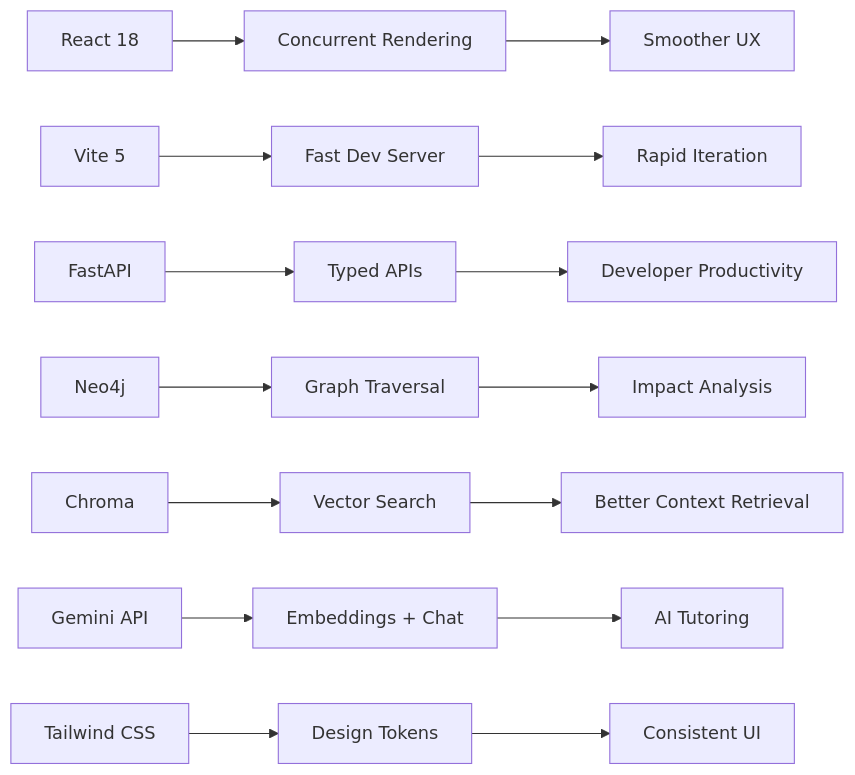
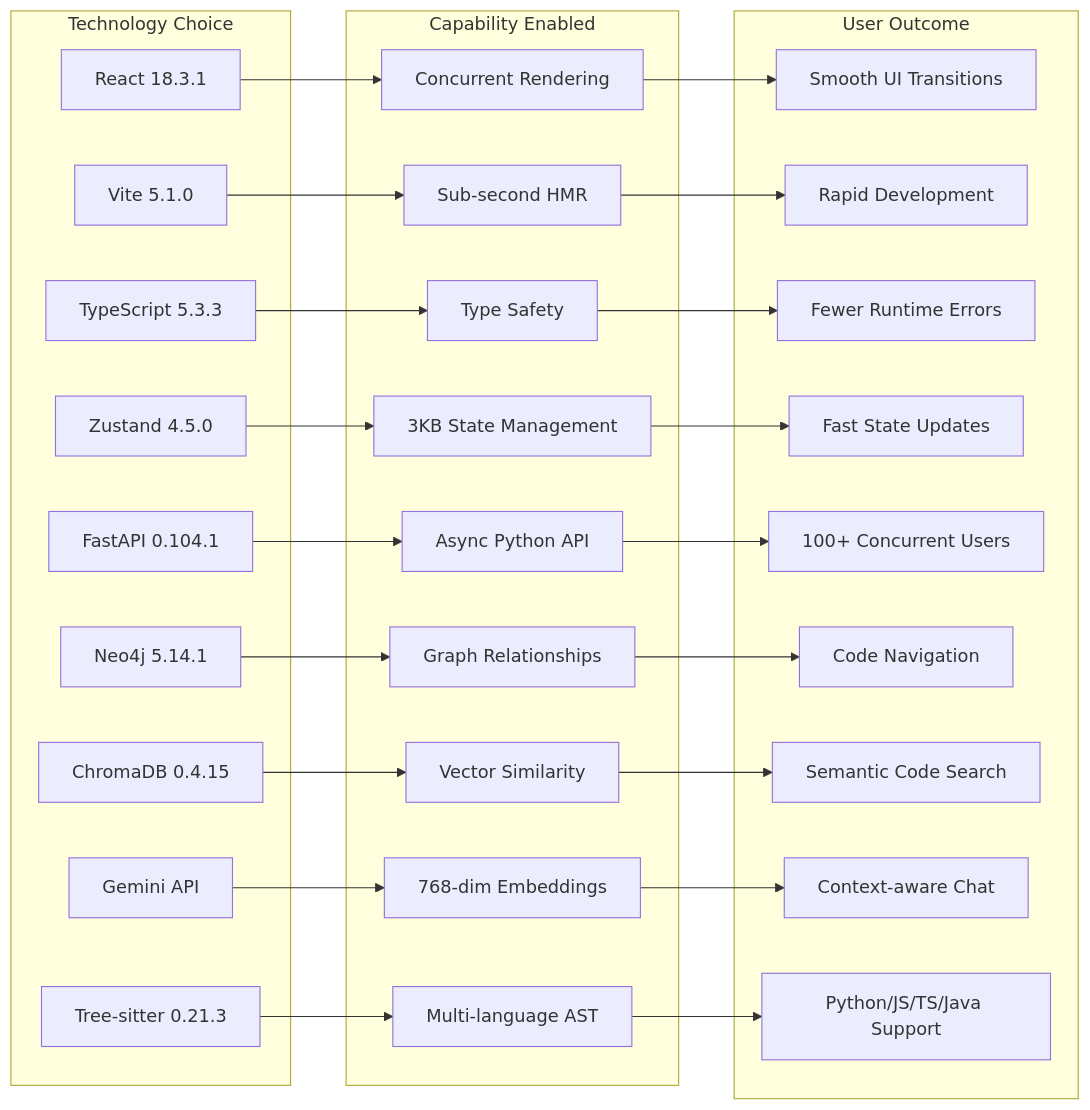
The sixth of 6 diagrams in README.md (Ishan-K9868/socraticDev-final), drawn with Mermaid before and after one commit. The commit also changed other lines of this file, not shown here.

````diff
--- a/README.md
+++ b/README.md
@@ -284,10 +484,48 @@
 ```mermaid
 flowchart LR
-  React[React 18] --> CR[Concurrent Rendering] --> UX[Smoother UX]
-  Vite[Vite 5] --> DX[Fast Dev Server] --> Iter[Rapid Iteration]
-  FastAPI[FastAPI] --> API[Typed APIs] --> Dev[Developer Productivity]
-  Neo4j[Neo4j] --> Graph[Graph Traversal] --> Impact[Impact Analysis]
-  Chroma[Chroma] --> Vector[Vector Search] --> Context[Better Context Retrieval]
-  Gemini[Gemini API] --> Embeddings[Embeddings + Chat] --> AIUX[AI Tutoring]
-  Tailwind[Tailwind CSS] --> Tokens[Design Tokens] --> Consistency[Consistent UI]
+    subgraph Tech["Technology Choice"]
+        R[React 18.3.1]
+        V[Vite 5.1.0]
+        TS[TypeScript 5.3.3]
+        Z[Zustand 4.5.0]
+        FA[FastAPI 0.104.1]
+        N4J[Neo4j 5.14.1]
+        CHR[ChromaDB 0.4.15]
+        GEM[Gemini API]
+        TS_P[Tree-sitter 0.21.3]
+    end
+
+    subgraph Capability["Capability Enabled"]
+        CONC[Concurrent Rendering]
+        FAST[Sub-second HMR]
+        TYPE[Type Safety]
+        LIGHT[3KB State Management]
+        ASYNC[Async Python API]
+        GRAPH[Graph Relationships]
+        VEC[Vector Similarity]
+        EMBED[768-dim Embeddings]
+        AST[Multi-language AST]
+    end
+
+    subgraph Outcome["User Outcome"]
+        SMOOTH[Smooth UI Transitions]
+        DEV[Rapid Development]
+        SAFE[Fewer Runtime Errors]
+        PERF[Fast State Updates]
+        SCALE[100+ Concurrent Users]
+        NAV[Code Navigation]
+        SEARCH[Semantic Code Search]
+        CHAT[Context-aware Chat]
+        MULTI[Python/JS/TS/Java Support]
+    end
+
+    R --> CONC --> SMOOTH
+    V --> FAST --> DEV
+    TS --> TYPE --> SAFE
+    Z --> LIGHT --> PERF
+    FA --> ASYNC --> SCALE
+    N4J --> GRAPH --> NAV
+    CHR --> VEC --> SEARCH
+    GEM --> EMBED --> CHAT
+    TS_P --> AST --> MULTI
 ```
````
